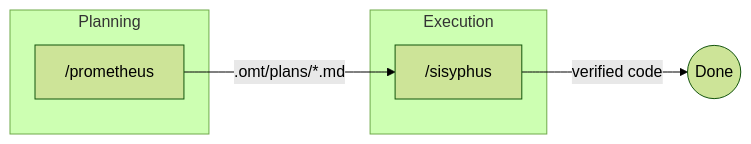
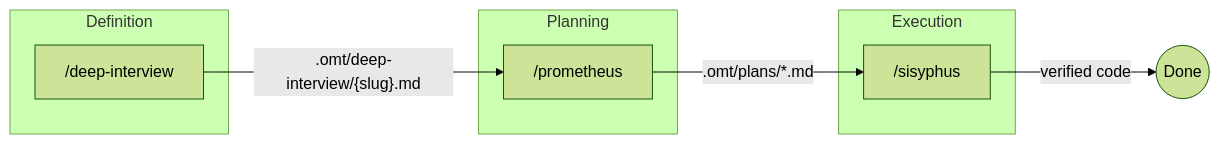
One commit to toongri/oh-my-toong-playground changed the first of 5 diagrams in README.en.md. Above: the diagram before and after it, drawn with Mermaid (forest theme). The commit also changed other lines of this file and 1 other file, not shown here.

First line of the commit message:
docs: 파이프라인 정의 단계에 deep-interview 반영

````diff
--- a/README.en.md
+++ b/README.en.md
@@ -67,12 +68,16 @@
 ```mermaid
 flowchart LR
+    subgraph Definition
+        deep["/deep-interview"]
+    end
     subgraph Planning
         prometheus["/prometheus"]
     end
     subgraph Execution
         sisyphus["/sisyphus"]
     end
 
+    deep -->|".omt/deep-interview/{slug}.md"| prometheus
     prometheus -->|".omt/plans/*.md"| sisyphus
     sisyphus -->|"verified code"| Done((Done))
 ```
````
